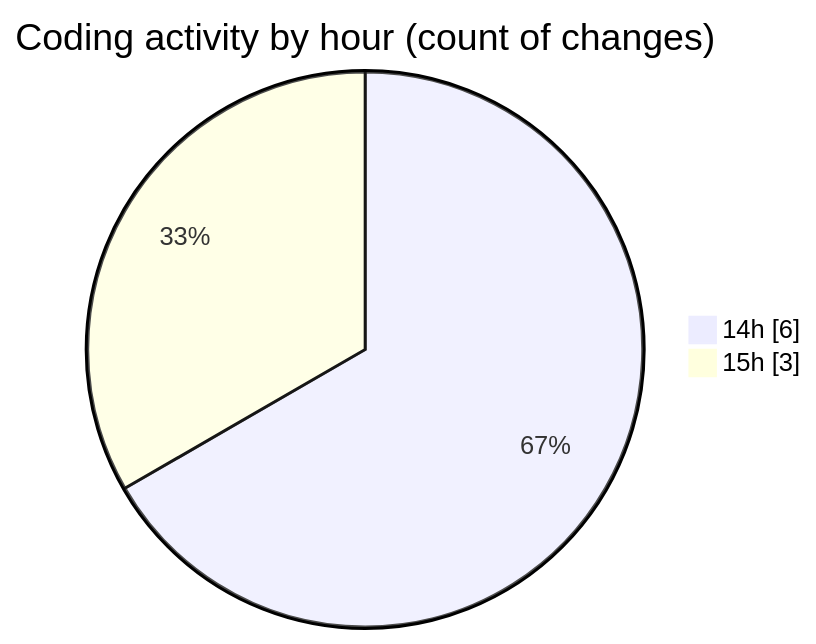
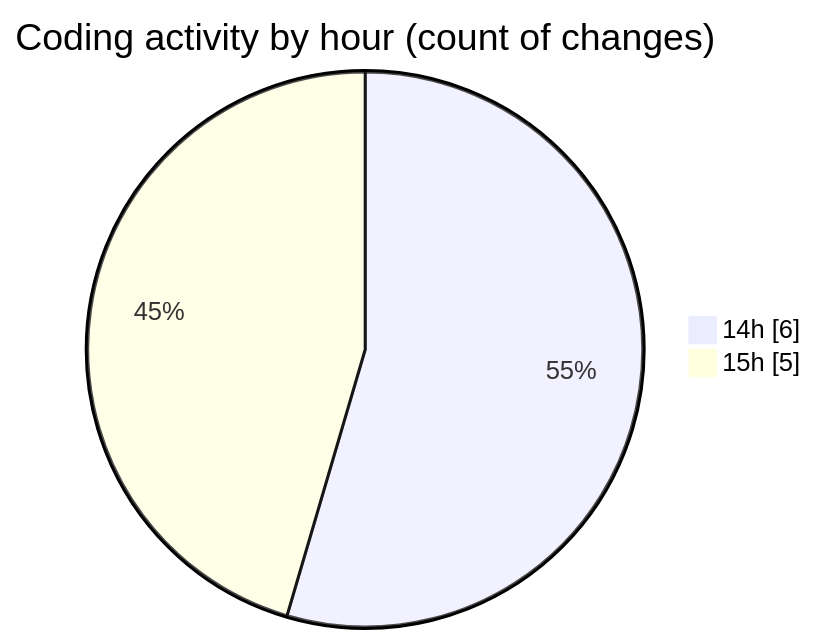
The second of 2 diagrams in 2026-03-30/cinema/README.md (igalym/code-tracking), drawn with Mermaid before and after one commit. The commit also changed other lines of this file and 1 other file, not shown here.

````diff
--- a/2026-03-30/cinema/README.md
+++ b/2026-03-30/cinema/README.md
@@ -30,6 +30,6 @@
 ```mermaid
 pie showData
 title Coding activity by hour (count of changes)
 "14h" : 6
-"15h" : 3
+"15h" : 5
 ```
````
